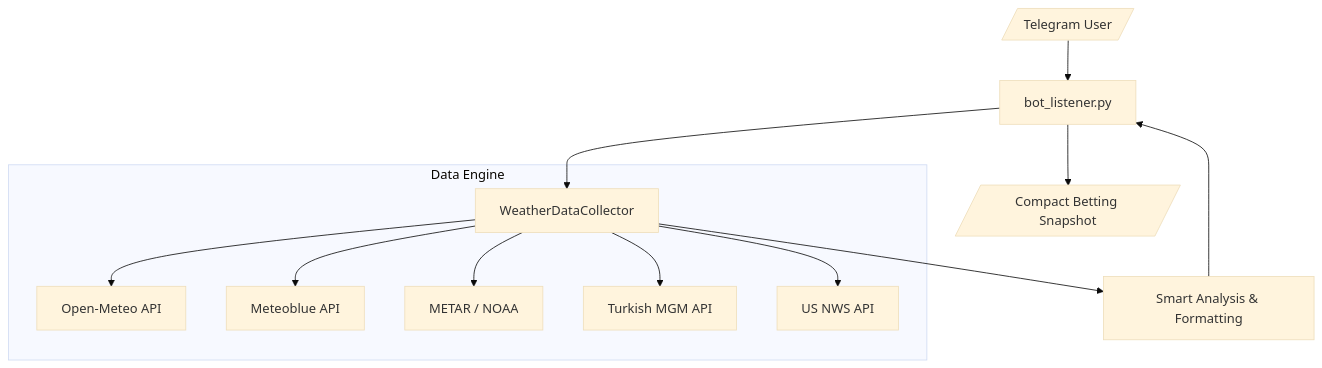
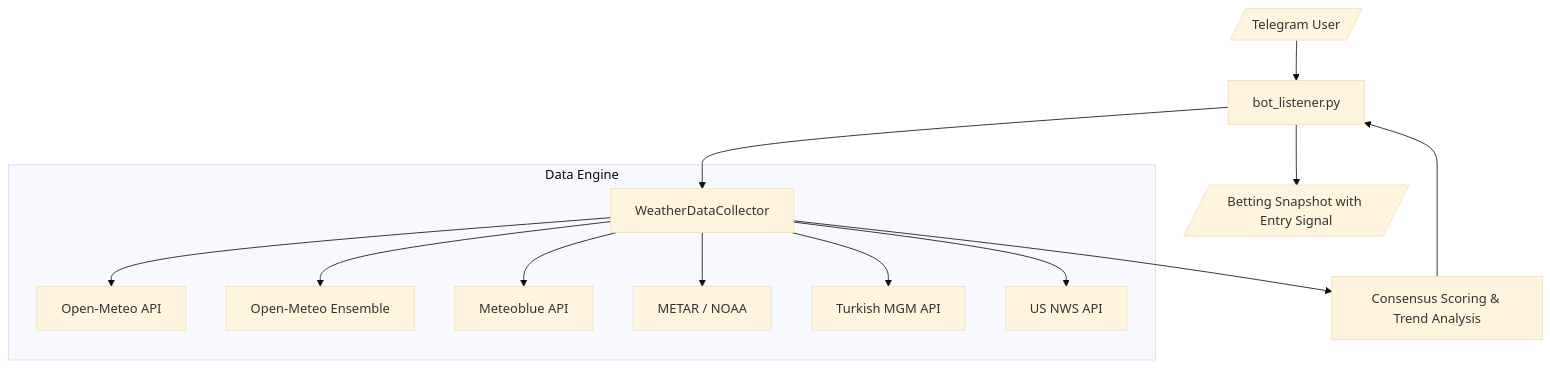
Before and after one commit to yangyuan-zhen/PolyWeather: the diagram in README.md, drawn with Mermaid (base theme). The commit also changed other lines of this file and 2 other files, not shown here.

Commit message:
feat: introduce model consensus scoring, ensemble forecast spread, and entry timing signals with enhanced trend analysis and updated documentation.

````diff
--- a/README.md
+++ b/README.md
@@ -136,17 +187,18 @@
 ```mermaid
 graph TD
     User[/Telegram User/] --> Bot[bot_listener.py]
     Bot --> Collector[WeatherDataCollector]
 
     subgraph "Data Engine"
         Collector --> OM[Open-Meteo API]
+        Collector --> ENS[Open-Meteo Ensemble]
         Collector --> MB[Meteoblue API]
         Collector --> NOAA[METAR / NOAA]
         Collector --> MGM[Turkish MGM API]
         Collector --> NWS[US NWS API]
     end
 
-    Collector --> Processing[Smart Analysis & Formatting]
+    Collector --> Processing[Consensus Scoring & Trend Analysis]
     Processing --> Bot
-    Bot --> Response[/Compact Betting Snapshot/]
+    Bot --> Response[/Betting Snapshot with Entry Signal/]
 ```
````
